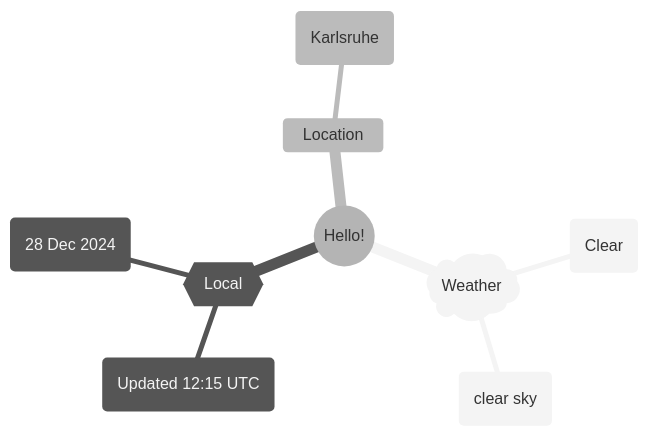
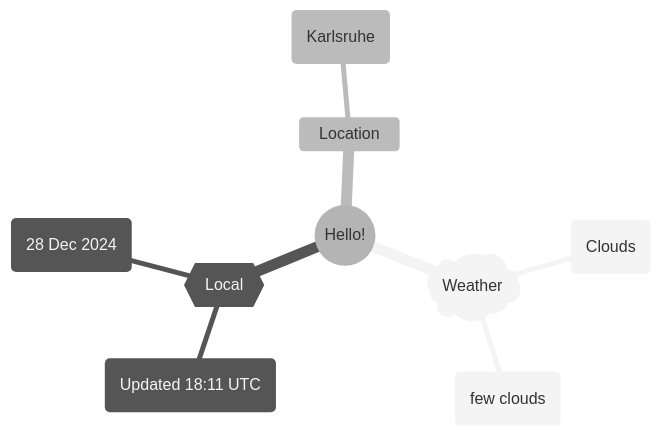
The first of 2 diagrams in README.md (Xosrov/Xosrov), drawn with Mermaid (neutral theme) before and after one commit.

Commit message:
[bot] updated images

````diff
--- a/README.md
+++ b/README.md
@@ -3,12 +3,12 @@
 ```mermaid
 mindmap
   root((Hello!))
     )Weather(
-        (Clear)
-        (clear sky)
+        (Clouds)
+        (few clouds)
     {{Local}}
-        (Updated 12:15 UTC)
+        (Updated 18:11 UTC)
         (28 Dec 2024)
     Location
         (Karlsruhe)
 ```
````
